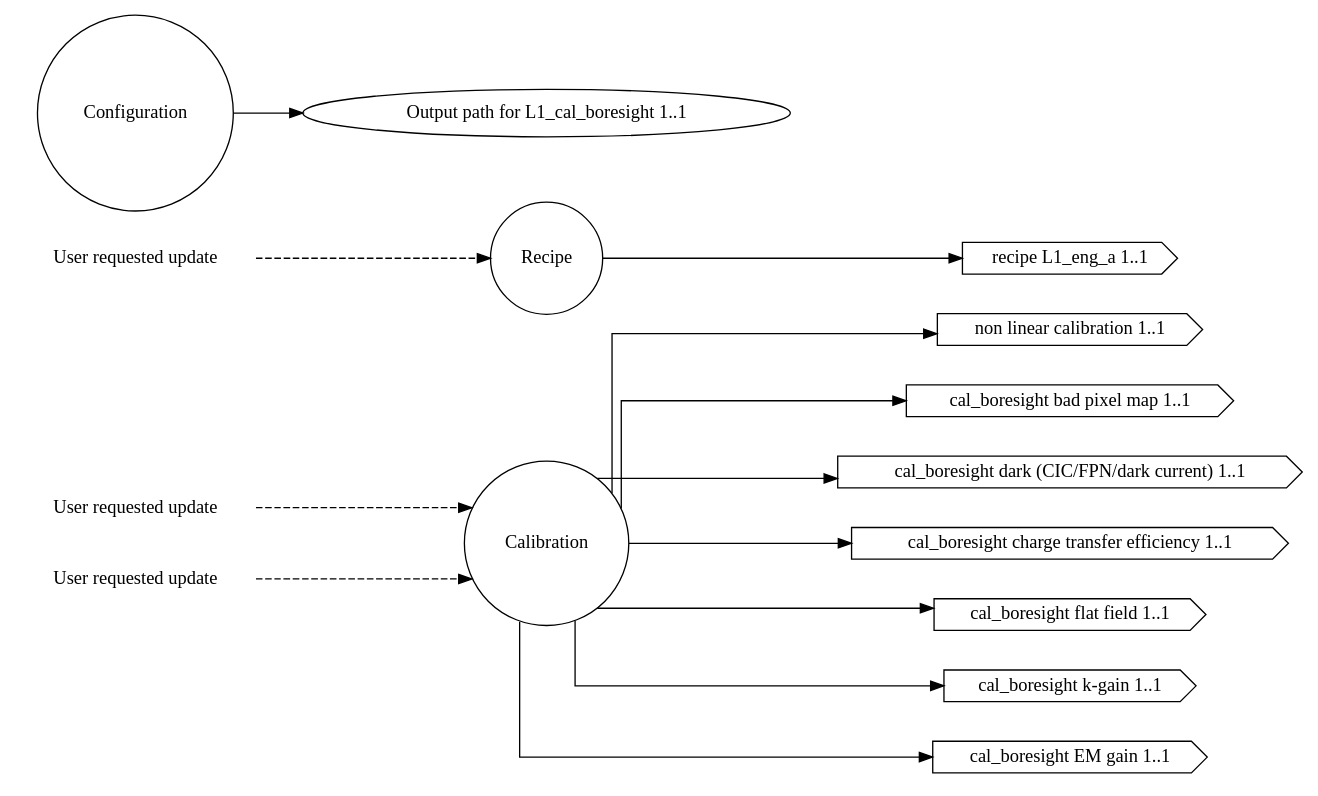
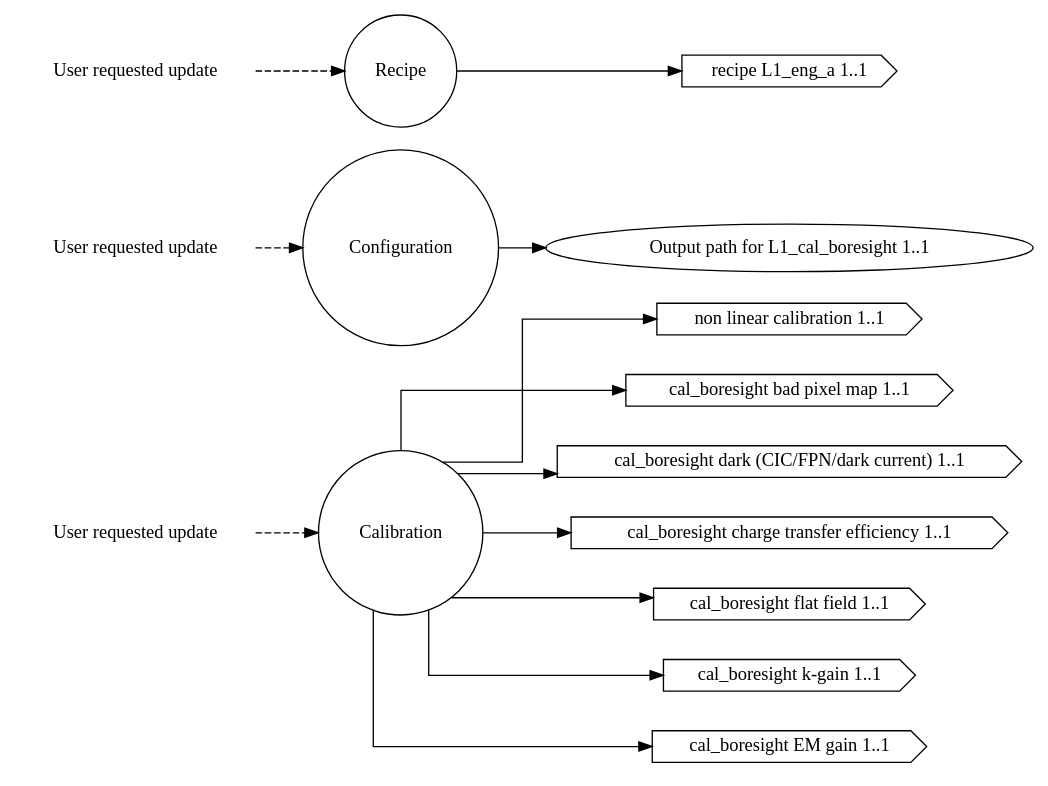
Before and after one commit to roman-corgi/ctc-dip: the diagram in dip/basis/ck_boresight.dot, drawn with Graphviz. The commit also changed 15 other files, not shown here.

```diff
--- a/dip/basis/ck_boresight.dot
+++ b/dip/basis/ck_boresight.dot
@@ -1,63 +1,63 @@
 /* why separate channels and how are they tied back together
 *
 * The magic happens from clerks.dot. It contains the same clerks but with dawgie
 * information tied to the nodes. Since they are all named the same among these
 * channlized files and clerks.dot, the dip.basis.transmute distills then
 * condenses them into a hidden monolithic concept if they have dawgie
 * information associated with them. That is the real magic.
 */
 digraph BoresightClerks
 {
   graph [splines="ortho", rankdir=LR];
 
   alarm_cal [label="User requested update", shape="none"];
   alarm_cnf [label="User requested update", shape="none"];
   alarm_rec [label="User requested update", shape="none"];
   
   calib [label="Calibration", shape="circle"];
   config [label="Configuration", shape="circle"];
   recipe [label="Recipe", shape="circle"];
 
   l1_cal_boresight_odir [label="Output path for L1_cal_boresight 1..1", shape="ellipse",
                          valname="clerk.configuration.l1_cal_boresight.outdir",
                          valtype="dip.base.Configuration"];
   l1_cal_boresight_rec [label="recipe L1_eng_a 1..1", shape="cds",
                         valname="clerk.recipe.l1_cal_boresight.recipe",
                         valtype="dip.base.Recipe"];
   l1_cal_boresight_nllut [label="non linear calibration 1..1", shape="cds",
                           valname="clerk.calibration.l1_cal_boresight.nonlin",
                           valtype="dip.base.Calibration"];
 
   l2a_cal_boresight_mbpm [label="cal_boresight bad pixel map 1..1", shape="cds",
                           valname="clerk.calibration.l2a_cal_boresight.bad_pix_map",
                           valtype="dip.base.Calibration"];
   l2a_cal_boresight_dnb  [label="cal_boresight dark (CIC/FPN/dark current) 1..1", shape="cds",
                           valname="clerk.calibration.l2a_cal_boresight.darks",
                           valtype="dip.base.Calibration"];
   l2a_cal_boresight_cti  [label="cal_boresight charge transfer efficiency 1..1", shape="cds",
                           valname="clerk.calibration.l2a_cal_boresight.charge_xfer_eff",
                           valtype="dip.base.Calibration"];
   l2a_cal_boresight_ff  [label="cal_boresight flat field 1..1", shape="cds",
                          valname="clerk.calibration.l2a_cal_boresight.flat_field",
                          valtype="dip.base.Calibration"];
   l2a_cal_boresight_kgain  [label="cal_boresight k-gain 1..1", shape="cds",
                             valname="clerk.calibration.l2a_cal_boresight.k_gain",
                             valtype="dip.base.Calibration"];
   l2a_cal_boresight_emg [label="cal_boresight EM gain 1..1", shape="cds",
                          valname="clerk.calibration.l2a_cal_boresight.em_gain",
                          valtype="dip.base.Calibration"];
 
   alarm_cal -> calib [style="dashed"];
-  alarm_cnf -> calib [style="dashed"];
+  alarm_cnf -> config [style="dashed"];
   alarm_rec -> recipe [style="dashed"];
 
   calib -> l1_cal_boresight_nllut;
   calib -> l2a_cal_boresight_mbpm;
   calib -> l2a_cal_boresight_dnb;
   calib -> l2a_cal_boresight_cti;
   calib -> l2a_cal_boresight_ff;
   calib -> l2a_cal_boresight_kgain;
   calib -> l2a_cal_boresight_emg;
   config -> l1_cal_boresight_odir;
   recipe -> l1_cal_boresight_rec;
 }
```
